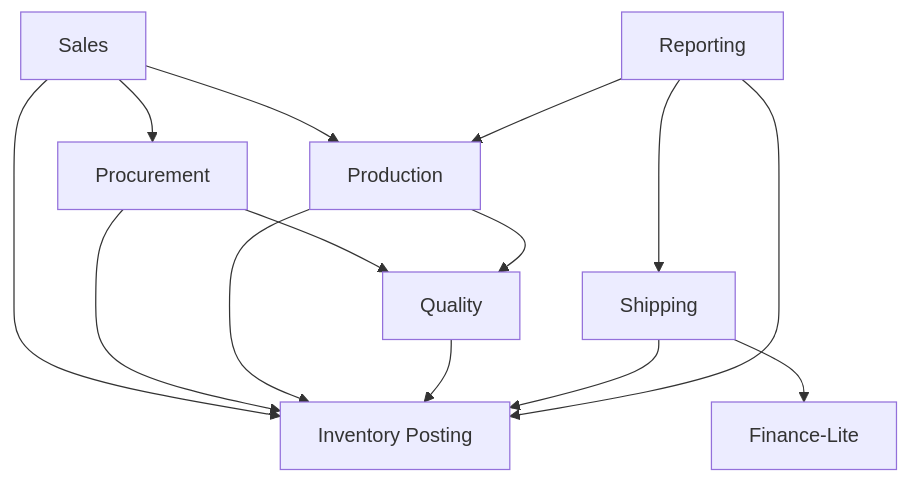
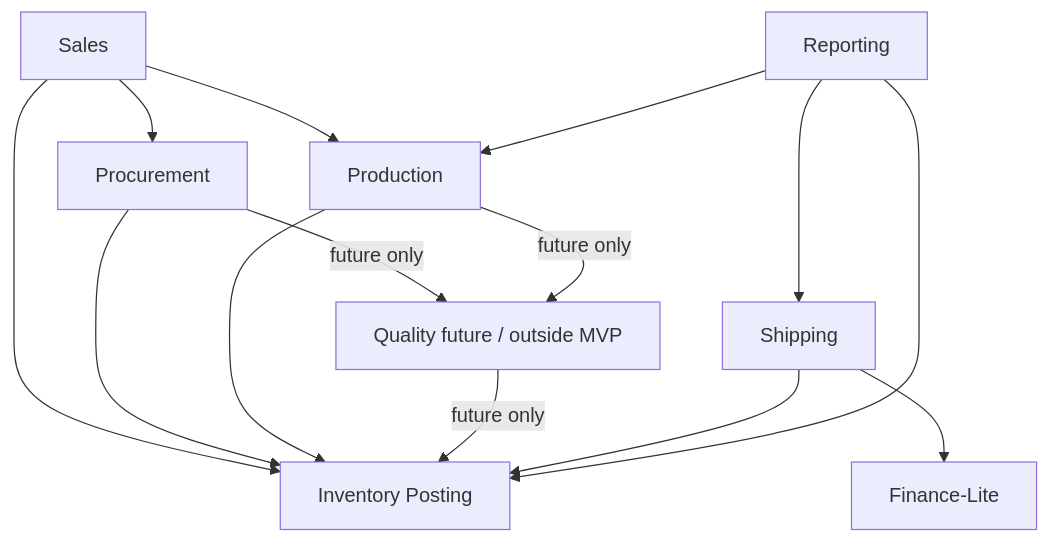
One commit to sohrab-phd/ERP changed the diagram in docs/05-application-api-architecture/MODULE_DEPENDENCY_MAP.md. Above: the diagram before and after it, drawn with Mermaid. The commit also changed other lines of this file and 40 other files, not shown here.

````diff
--- a/docs/05-application-api-architecture/MODULE_DEPENDENCY_MAP.md
+++ b/docs/05-application-api-architecture/MODULE_DEPENDENCY_MAP.md
@@ -39,16 +44,16 @@
 ```mermaid
 flowchart TB
   S[Sales] --> IP[Inventory Posting]
   S --> P[Procurement]
   S --> PR[Production]
   P --> IP
-  P --> Q[Quality]
+  P -->|future only| Q[Quality future / outside MVP]
   PR --> IP
-  PR --> Q
-  Q --> IP
+  PR -->|future only| Q
+  Q -->|future only| IP
   SH[Shipping] --> IP
   SH --> F[Finance-Lite]
   R[Reporting] --> PR
   R --> SH
   R --> IP
 ```
````
